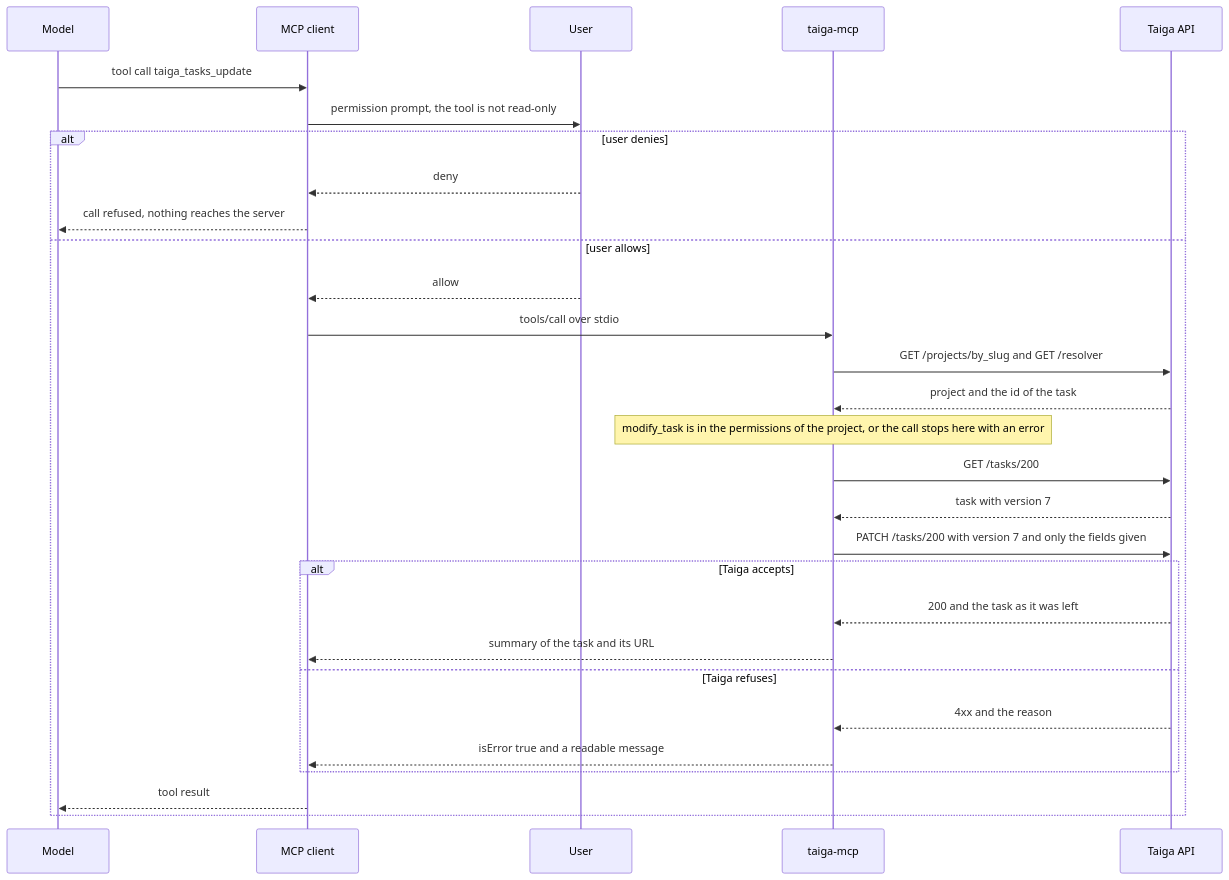
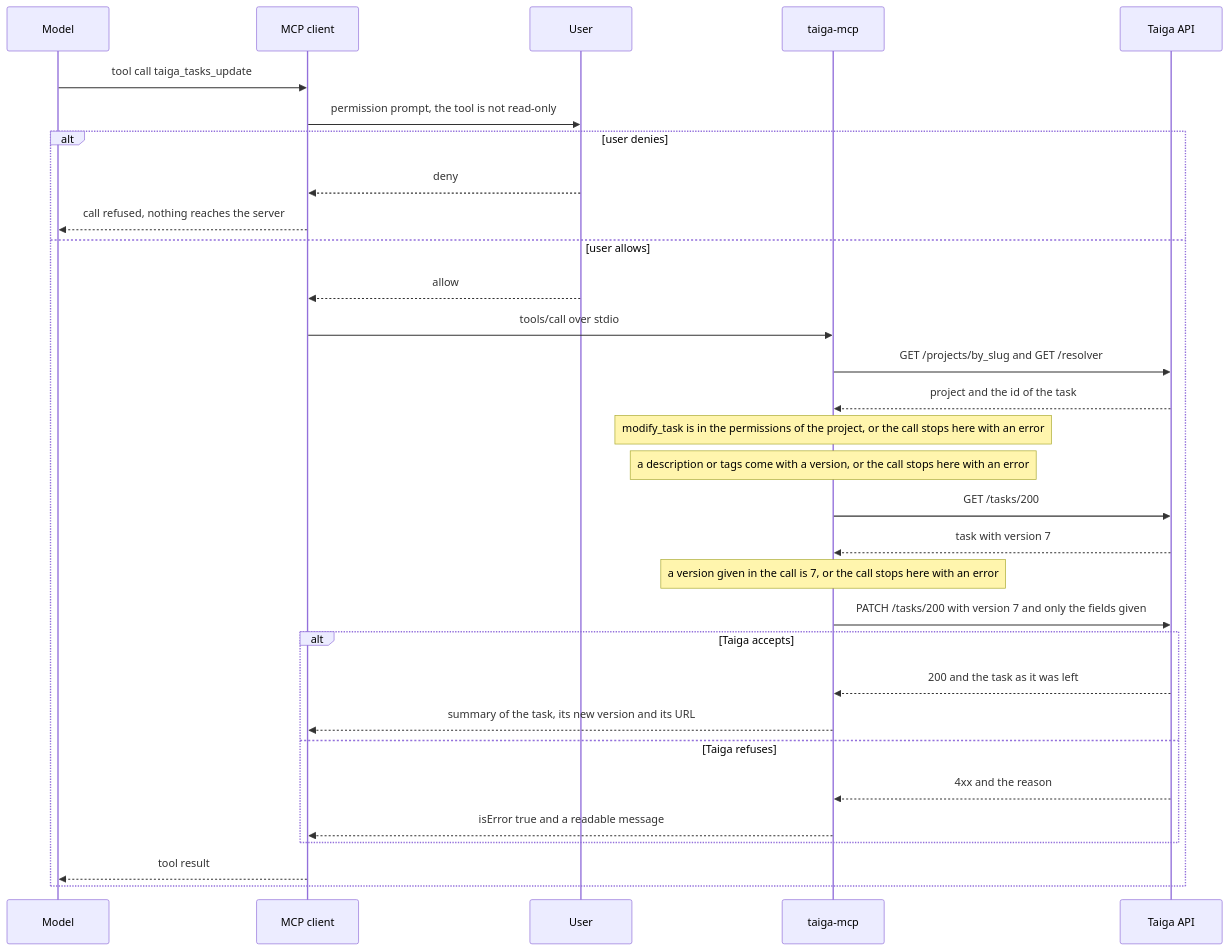
One commit to CamposCodes/taiga-r2da-mcp changed the fourth of 6 diagrams in docs/ARCHITECTURE.md. Above: the diagram before and after it, drawn with Mermaid. The commit also changed other lines of this file and 15 other files, not shown here.

````diff
--- a/docs/ARCHITECTURE.md
+++ b/docs/ARCHITECTURE.md
@@ -181,31 +184,33 @@
 ```mermaid
 sequenceDiagram
     participant M as Model
     participant C as MCP client
     participant U as User
     participant S as taiga-mcp
     participant T as Taiga API
     M->>C: tool call taiga_tasks_update
     C->>U: permission prompt, the tool is not read-only
     alt user denies
         U-->>C: deny
         C-->>M: call refused, nothing reaches the server
     else user allows
         U-->>C: allow
         C->>S: tools/call over stdio
         S->>T: GET /projects/by_slug and GET /resolver
         T-->>S: project and the id of the task
         Note over S: modify_task is in the permissions of the project, or the call stops here with an error
+        Note over S: a description or tags come with a version, or the call stops here with an error
         S->>T: GET /tasks/200
         T-->>S: task with version 7
+        Note over S: a version given in the call is 7, or the call stops here with an error
         S->>T: PATCH /tasks/200 with version 7 and only the fields given
         alt Taiga accepts
             T-->>S: 200 and the task as it was left
-            S-->>C: summary of the task and its URL
+            S-->>C: summary of the task, its new version and its URL
         else Taiga refuses
             T-->>S: 4xx and the reason
             S-->>C: isError true and a readable message
         end
         C-->>M: tool result
     end
 ```
````
